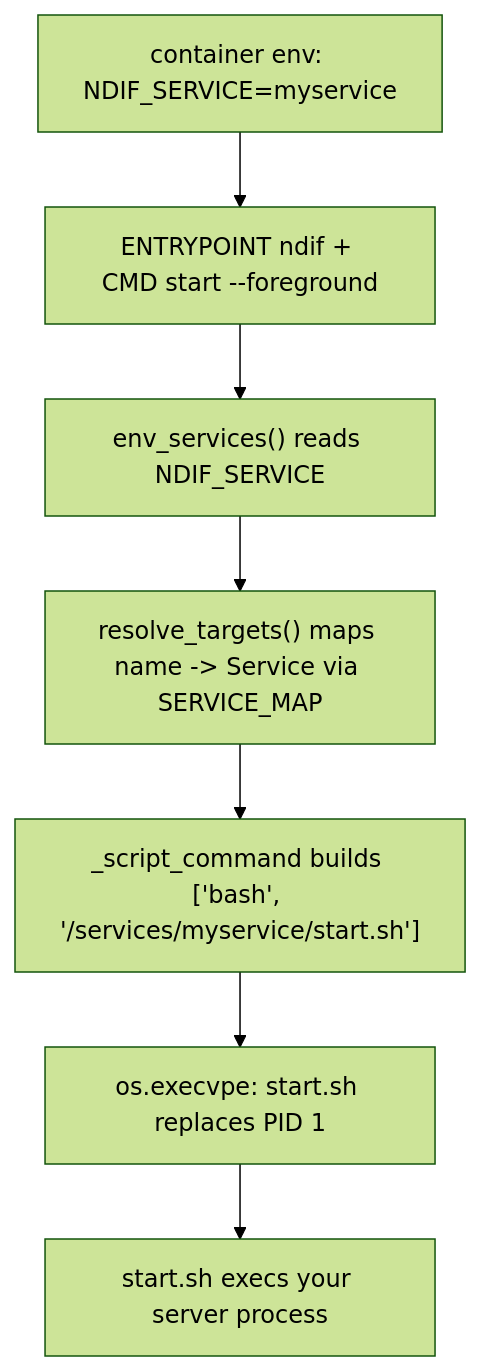
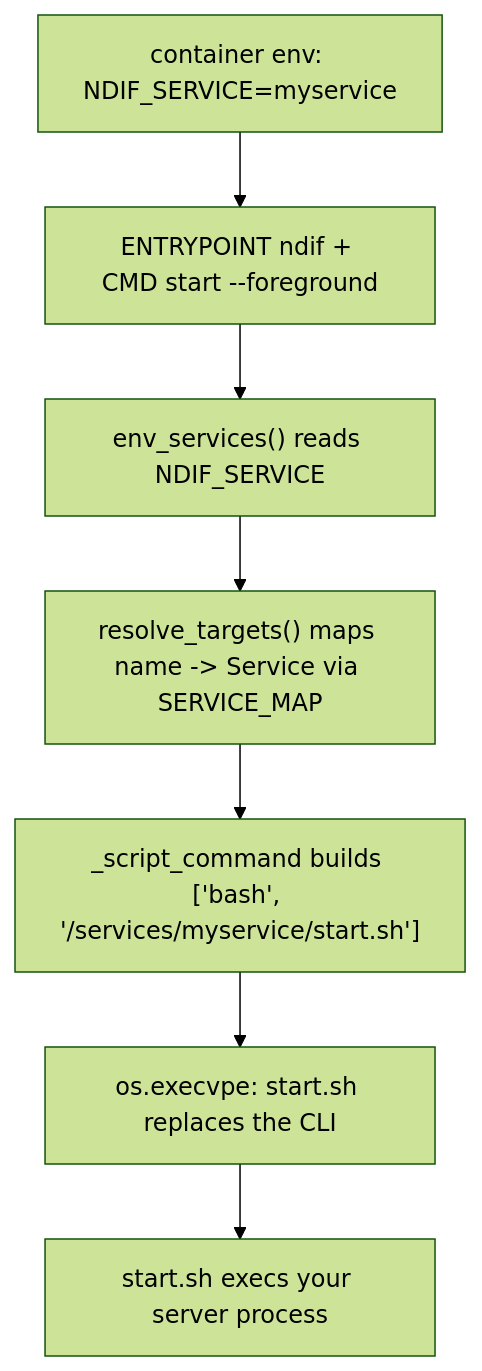
Before and after one commit to ndif-team/ndif: the diagram in docs/developing/adding-a-service.md, drawn with Mermaid (forest theme). The commit also changed other lines of this file and 11 other files, not shown here.

````diff
--- a/docs/developing/adding-a-service.md
+++ b/docs/developing/adding-a-service.md
@@ -25,9 +25,9 @@
 ```mermaid
 flowchart TB
     A["container env: NDIF_SERVICE=myservice"] --> B["ENTRYPOINT ndif + CMD start --foreground"]
     B --> C["env_services() reads NDIF_SERVICE"]
     C --> D["resolve_targets() maps name -> Service via SERVICE_MAP"]
     D --> E["_script_command builds ['bash', '<pkg>/services/myservice/start.sh']"]
-    E --> F["os.execvpe: start.sh replaces PID 1"]
+    E --> F["os.execvpe: start.sh replaces the CLI"]
     F --> G["start.sh execs your server process"]
 ```
````
